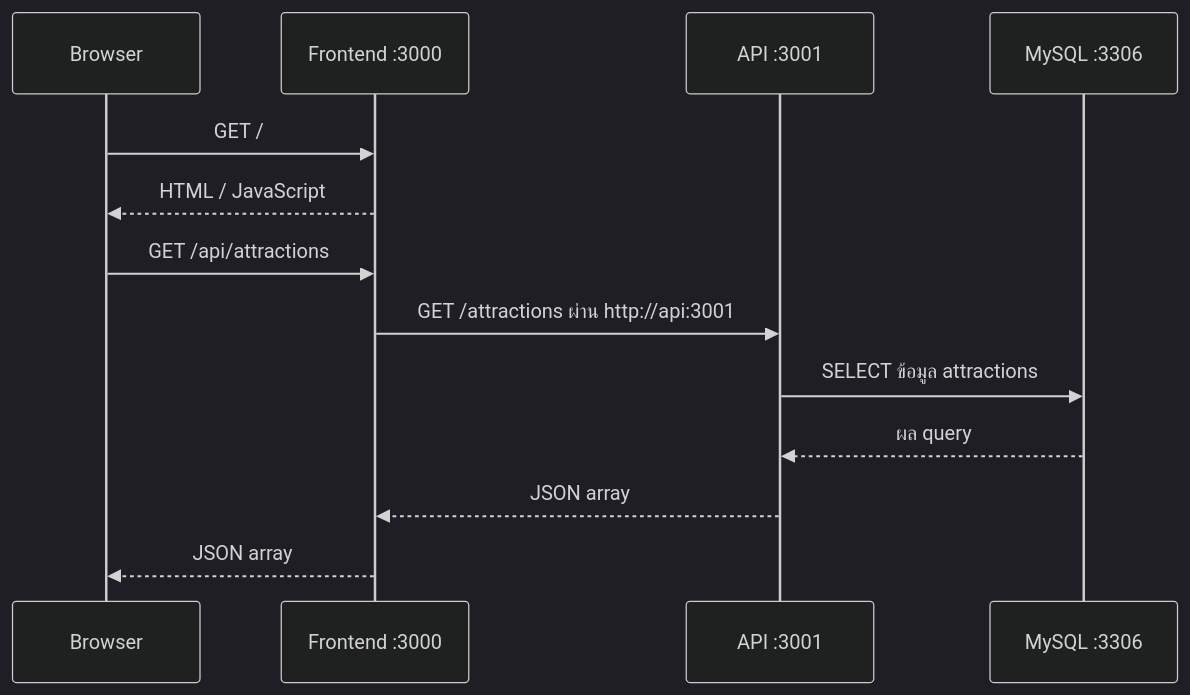
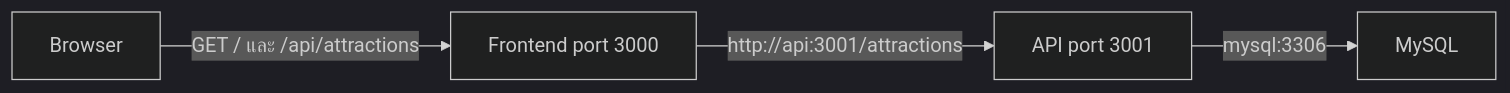
The diagram in docs/pipeline-guide-th.md (popototae/docker-jenkins), drawn with Mermaid (dark theme) before and after one commit. The commit also changed other lines of this file and 13 other files, not shown here.

````diff
--- a/docs/pipeline-guide-th.md
+++ b/docs/pipeline-guide-th.md
@@ -341,15 +81,6 @@
 ```mermaid
-sequenceDiagram
-    participant Browser as Browser
-    participant Front as Frontend :3000
-    participant API as API :3001
-    participant DB as MySQL :3306
-    Browser->>Front: GET /
-    Front-->>Browser: HTML / JavaScript
-    Browser->>Front: GET /api/attractions
-    Front->>API: GET /attractions ผ่าน http://api:3001
-    API->>DB: SELECT ข้อมูล attractions
-    DB-->>API: ผล query
-    API-->>Front: JSON array
-    Front-->>Browser: JSON array
+flowchart LR
+    B[Browser] -->|"GET / และ /api/attractions"| F[Frontend port 3000]
+    F -->|"http://api:3001/attractions"| A[API port 3001]
+    A -->|"mysql:3306"| M[MySQL]
 ```
````
